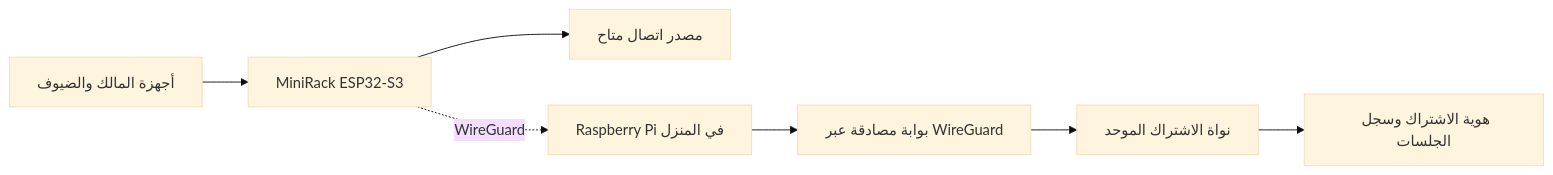
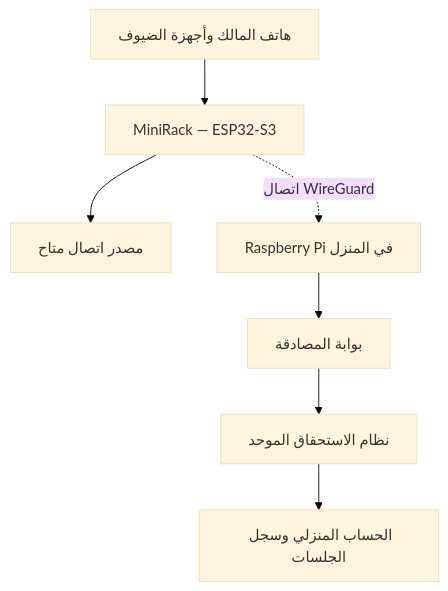
Before and after one commit to salemalwahbi/MiniRack: the diagram in README.md, drawn with Mermaid (base theme). The commit also changed other lines of this file, not shown here.

First line of the commit message:
Revise README for MiniRack project details

````diff
--- a/README.md
+++ b/README.md
@@ -26,9 +19,9 @@
 ```mermaid
-flowchart LR
-    U[أجهزة المالك والضيوف] --> M[MiniRack ESP32-S3]
-    M --> W[مصدر اتصال متاح]
-    M -. WireGuard .-> P[Raspberry Pi في المنزل]
-    P --> G[بوابة مصادقة عبر WireGuard]
-    G --> C[نواة الاشتراك الموحد]
-    C --> A[هوية الاشتراك وسجل الجلسات]
+flowchart TD
+    A[هاتف المالك وأجهزة الضيوف] --> B[MiniRack — ESP32-S3]
+    B --> C[مصدر اتصال متاح]
+    B -. اتصال WireGuard .-> D[Raspberry Pi في المنزل]
+    D --> E[بوابة المصادقة]
+    E --> F[نظام الاستحقاق الموحد]
+    F --> G[الحساب المنزلي وسجل الجلسات]
 ```
````
